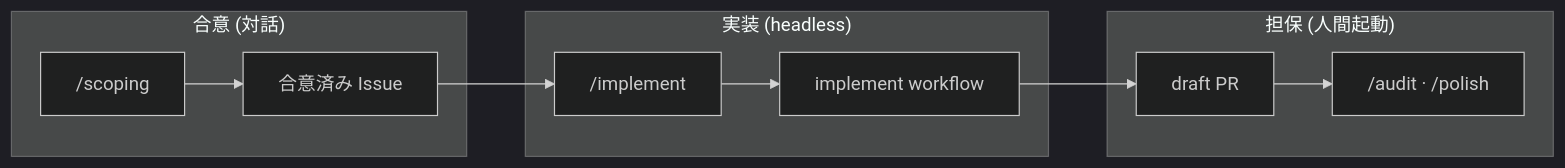
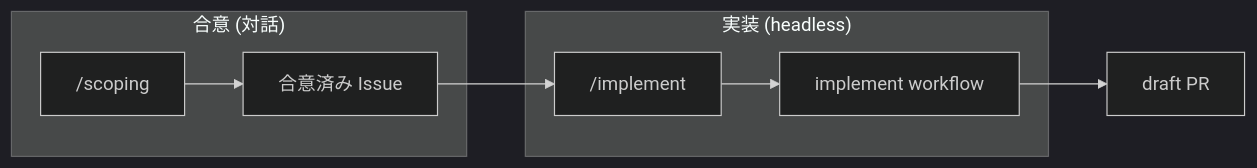
Before and after one commit to thkt/dotclaude: the diagram in .ja/docs/COMMANDS.md, drawn with Mermaid (dark theme). The commit also changed other lines of this file and 94 other files, not shown here.

Commit message:
[Chore] audit、assert、polish、shake、adrift の workflow を削除する (#806)

````diff
--- a/.ja/docs/COMMANDS.md
+++ b/.ja/docs/COMMANDS.md
@@ -11,14 +11,11 @@
 ```mermaid
 flowchart LR
     subgraph Agree["合意 (対話)"]
         S["/scoping"] --> I["合意済み Issue"]
     end
     subgraph Build["実装 (headless)"]
         M["/implement"] --> W["implement workflow"]
     end
-    subgraph Assure["担保 (人間起動)"]
-        PR["draft PR"] --> A["/audit · /polish"]
-    end
     I --> M
-    W --> PR
+    W --> PR["draft PR"]
 ```
````
